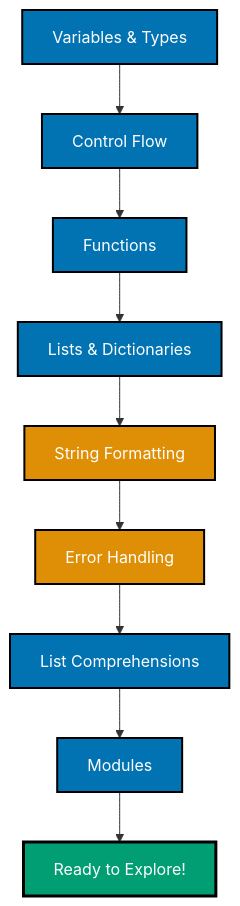
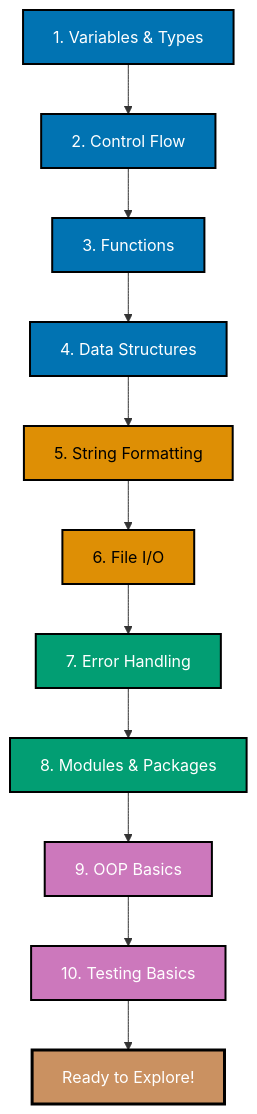
The diagram in apps/ayokoding-web/content/en/learn/swe/prog-lang/python/tutorials/quick-start.md (wahidyankf/open-sharia-enterprise), drawn with Mermaid before and after one commit. The commit also changed other lines of this file and 30 other files, not shown here.

````diff
--- a/apps/ayokoding-web/content/en/learn/swe/prog-lang/python/tutorials/quick-start.md
+++ b/apps/ayokoding-web/content/en/learn/swe/prog-lang/python/tutorials/quick-start.md
@@ -22,21 +26,25 @@
 ```mermaid
 graph TB
-    A[Variables & Types] --> B[Control Flow]
-    B --> C[Functions]
-    C --> D[Lists & Dictionaries]
-    D --> E[String Formatting]
-    E --> F[Error Handling]
-    F --> G[List Comprehensions]
-    G --> H[Modules]
-    H --> I[Ready to Explore!]
+    A[1. Variables & Types] --> B[2. Control Flow]
+    B --> C[3. Functions]
+    C --> D[4. Data Structures]
+    D --> E[5. String Formatting]
+    E --> F[6. File I/O]
+    F --> G[7. Error Handling]
+    G --> H[8. Modules & Packages]
+    H --> I[9. OOP Basics]
+    I --> J[10. Testing Basics]
+    J --> K[Ready to Explore!]
 
     style A fill:#0173B2,stroke:#000000,color:#FFFFFF,stroke-width:2px
     style B fill:#0173B2,stroke:#000000,color:#FFFFFF,stroke-width:2px
     style C fill:#0173B2,stroke:#000000,color:#FFFFFF,stroke-width:2px
     style D fill:#0173B2,stroke:#000000,color:#FFFFFF,stroke-width:2px
-    style E fill:#DE8F05,stroke:#000000,color:#FFFFFF,stroke-width:2px
-    style F fill:#DE8F05,stroke:#000000,color:#FFFFFF,stroke-width:2px
-    style G fill:#0173B2,stroke:#000000,color:#FFFFFF,stroke-width:2px
-    style H fill:#0173B2,stroke:#000000,color:#FFFFFF,stroke-width:2px
-    style I fill:#029E73,stroke:#000000,color:#FFFFFF,stroke-width:3px
+    style E fill:#DE8F05,stroke:#000000,color:#000000,stroke-width:2px
+    style F fill:#DE8F05,stroke:#000000,color:#000000,stroke-width:2px
+    style G fill:#029E73,stroke:#000000,color:#FFFFFF,stroke-width:2px
+    style H fill:#029E73,stroke:#000000,color:#FFFFFF,stroke-width:2px
+    style I fill:#CC78BC,stroke:#000000,color:#FFFFFF,stroke-width:2px
+    style J fill:#CC78BC,stroke:#000000,color:#FFFFFF,stroke-width:2px
+    style K fill:#CA9161,stroke:#000000,color:#FFFFFF,stroke-width:3px
 ```
````
